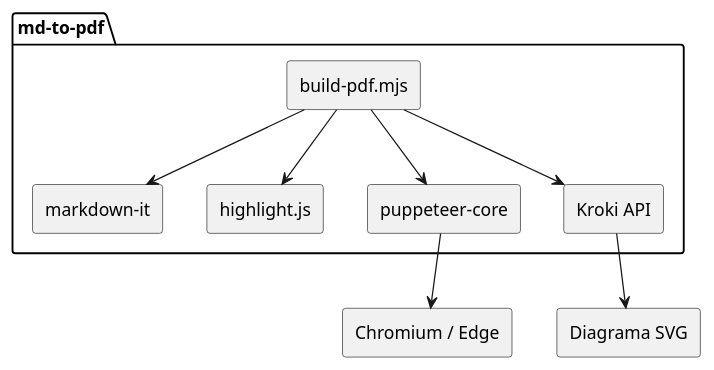
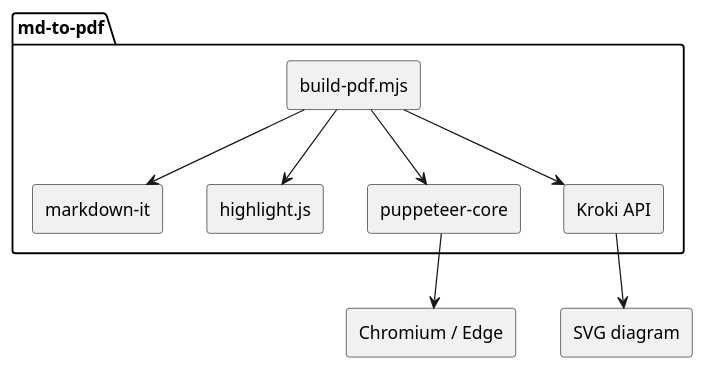
The second of 2 diagrams in example/demo.md (mgalindor/md-to-pdf), drawn with PlantUML before and after one commit. The commit also changed other lines of this file and 3 other files, not shown here.

````diff
--- a/example/demo.md
+++ b/example/demo.md
@@ -57,15 +57,15 @@
 ```plantuml
 @startuml
 skinparam componentStyle rectangle
 
 package "md-to-pdf" {
   [build-pdf.mjs] --> [markdown-it]
   [build-pdf.mjs] --> [highlight.js]
   [build-pdf.mjs] --> [puppeteer-core]
   [build-pdf.mjs] --> [Kroki API]
 }
 
 [puppeteer-core] --> [Chromium / Edge]
-[Kroki API] --> [Diagrama SVG]
+[Kroki API] --> [SVG diagram]
 @enduml
 ```
````
